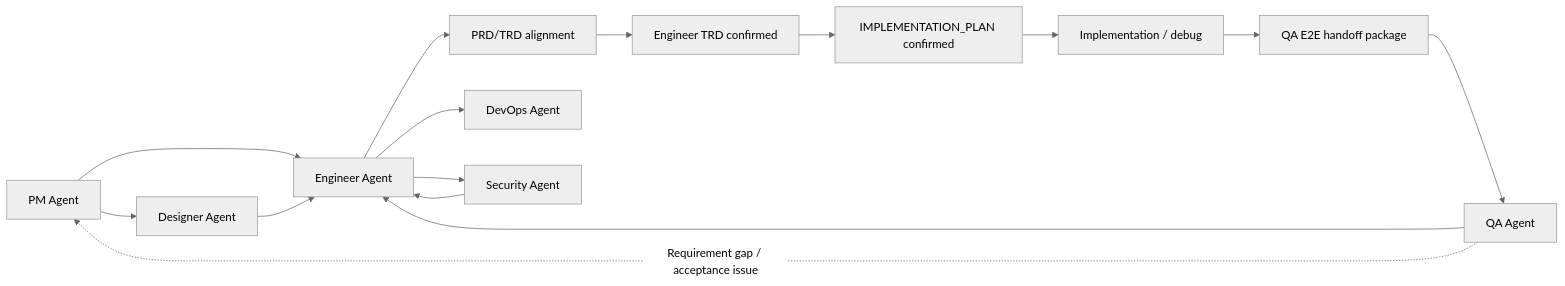
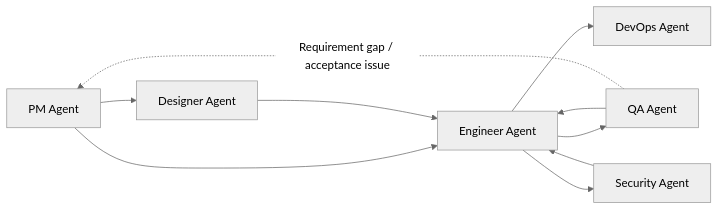
The first of 2 diagrams in README.md (Neplich/dev-agent-skills), drawn with Mermaid (neutral theme) before and after one commit. The commit also changed other lines of this file and 4 other files, not shown here.

````diff
--- a/README.md
+++ b/README.md
@@ -52,17 +52,12 @@
 ```mermaid
 flowchart LR
     PM["PM Agent"] --> Designer["Designer Agent"]
     PM --> Engineer["Engineer Agent"]
     Designer --> Engineer
-    Engineer --> Align["PRD/TRD alignment"]
-    Align --> TRD["Engineer TRD confirmed"]
-    TRD --> Plan["IMPLEMENTATION_PLAN confirmed"]
-    Plan --> Impl["Implementation / debug"]
-    Impl --> QAHandOff["QA E2E handoff package"]
-    QAHandOff --> QA["QA Agent"]
+    Engineer --> QA["QA Agent"]
     QA --> Engineer
     QA -. "Requirement gap / acceptance issue" .-> PM
     Engineer --> DevOps["DevOps Agent"]
     Engineer --> Security["Security Agent"]
     Security --> Engineer
 ```
````
